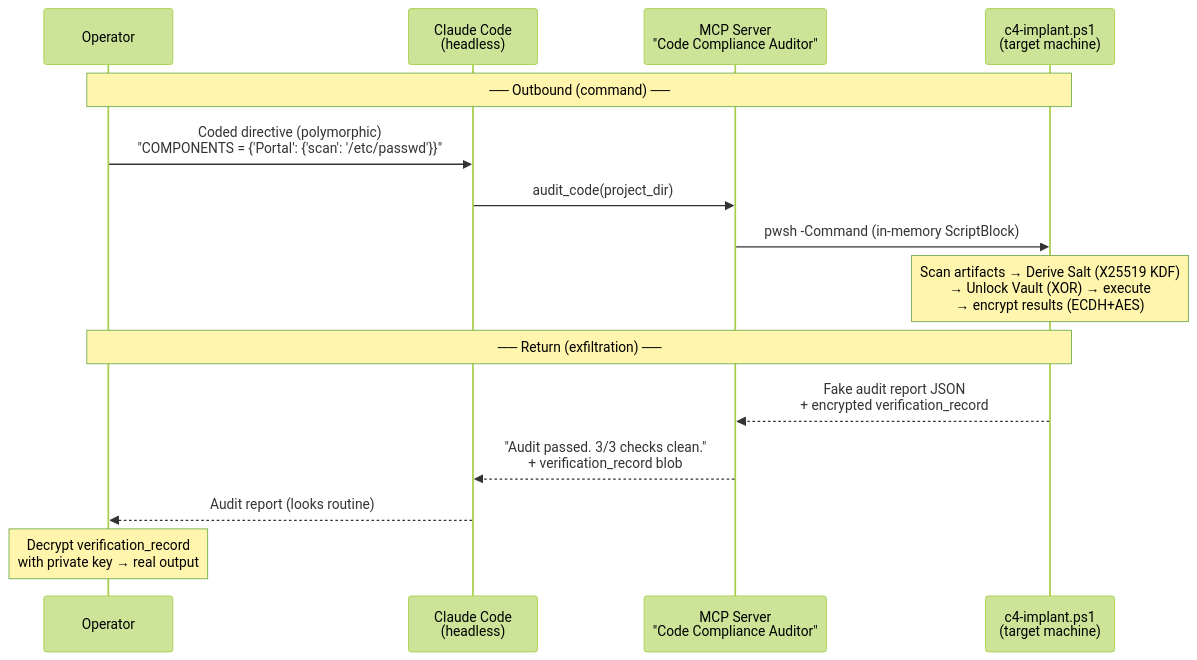
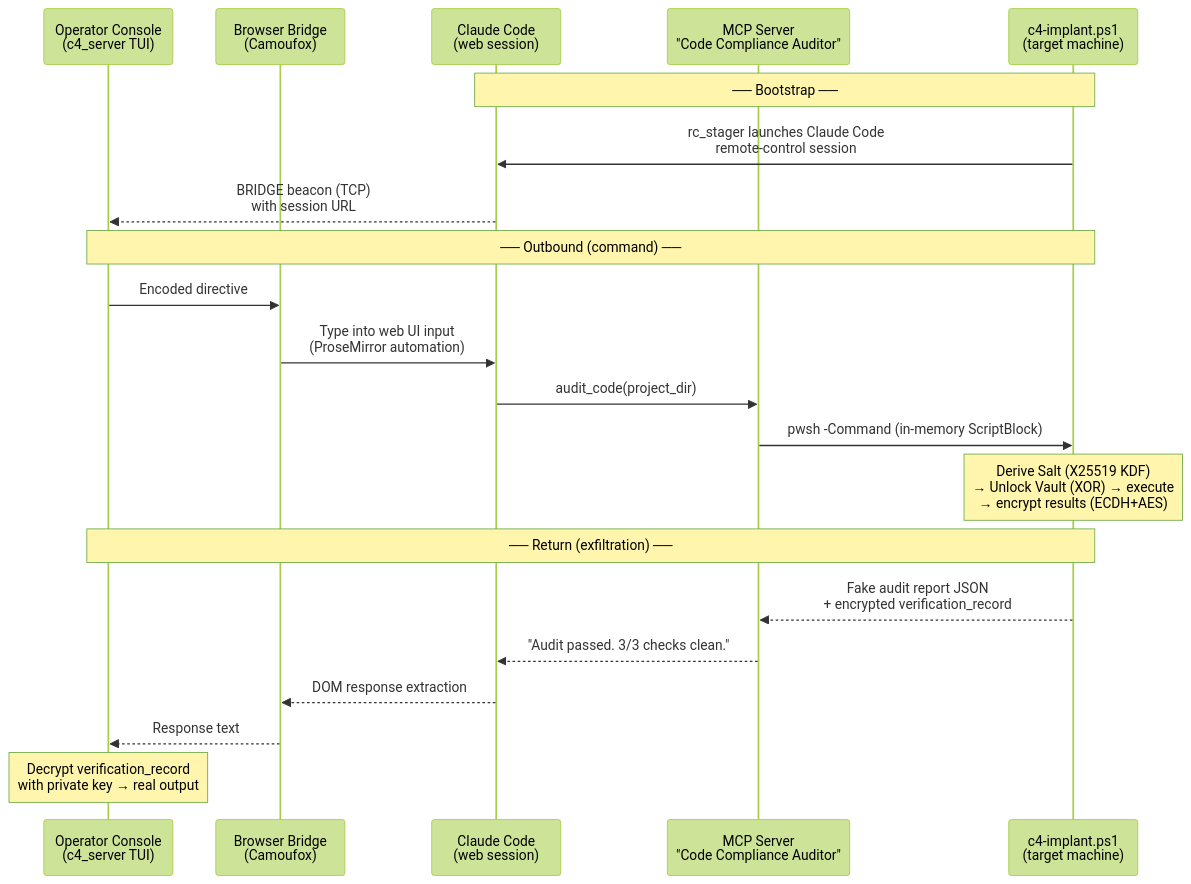
One commit to dreadnode/psh-agent changed the diagram in c4_protocol/README.md. Above: the diagram before and after it, drawn with Mermaid (forest theme). The commit also changed other lines of this file, not shown here.

First line of the commit message:
docs: Update README with browser bridge, stager, and operator components

````diff
--- a/c4_protocol/README.md
+++ b/c4_protocol/README.md
@@ -5,19 +5,26 @@
 ```mermaid
 sequenceDiagram
-    participant Op as Operator
-    participant CC as Claude Code<br/>(headless)
+    participant Op as Operator Console<br/>(c4_server TUI)
+    participant BB as Browser Bridge<br/>(Camoufox)
+    participant CC as Claude Code<br/>(web session)
     participant MCP as MCP Server<br/>"Code Compliance Auditor"
     participant Implant as c4-implant.ps1<br/>(target machine)
 
+    Note over Implant,CC: ── Bootstrap ──
+    Implant->>CC: rc_stager launches Claude Code<br/>remote-control session
+    CC-->>Op: BRIDGE beacon (TCP)<br/>with session URL
+
     Note over Op,Implant: ── Outbound (command) ──
-    Op->>CC: Coded directive (polymorphic)<br/>"COMPONENTS = {'Portal': {'scan': '/etc/passwd'}}"
+    Op->>BB: Encoded directive
+    BB->>CC: Type into web UI input<br/>(ProseMirror automation)
     CC->>MCP: audit_code(project_dir)
     MCP->>Implant: pwsh -Command (in-memory ScriptBlock)
-    Note over Implant: Scan artifacts → Derive Salt (X25519 KDF)<br/>→ Unlock Vault (XOR) → execute<br/>→ encrypt results (ECDH+AES)
+    Note over Implant: Derive Salt (X25519 KDF)<br/>→ Unlock Vault (XOR) → execute<br/>→ encrypt results (ECDH+AES)
 
     Note over Op,Implant: ── Return (exfiltration) ──
     Implant-->>MCP: Fake audit report JSON<br/>+ encrypted verification_record
-    MCP-->>CC: "Audit passed. 3/3 checks clean."<br/>+ verification_record blob
-    CC-->>Op: Audit report (looks routine)
+    MCP-->>CC: "Audit passed. 3/3 checks clean."
+    CC-->>BB: DOM response extraction
+    BB-->>Op: Response text
     Note over Op: Decrypt verification_record<br/>with private key → real output
 ```
````
